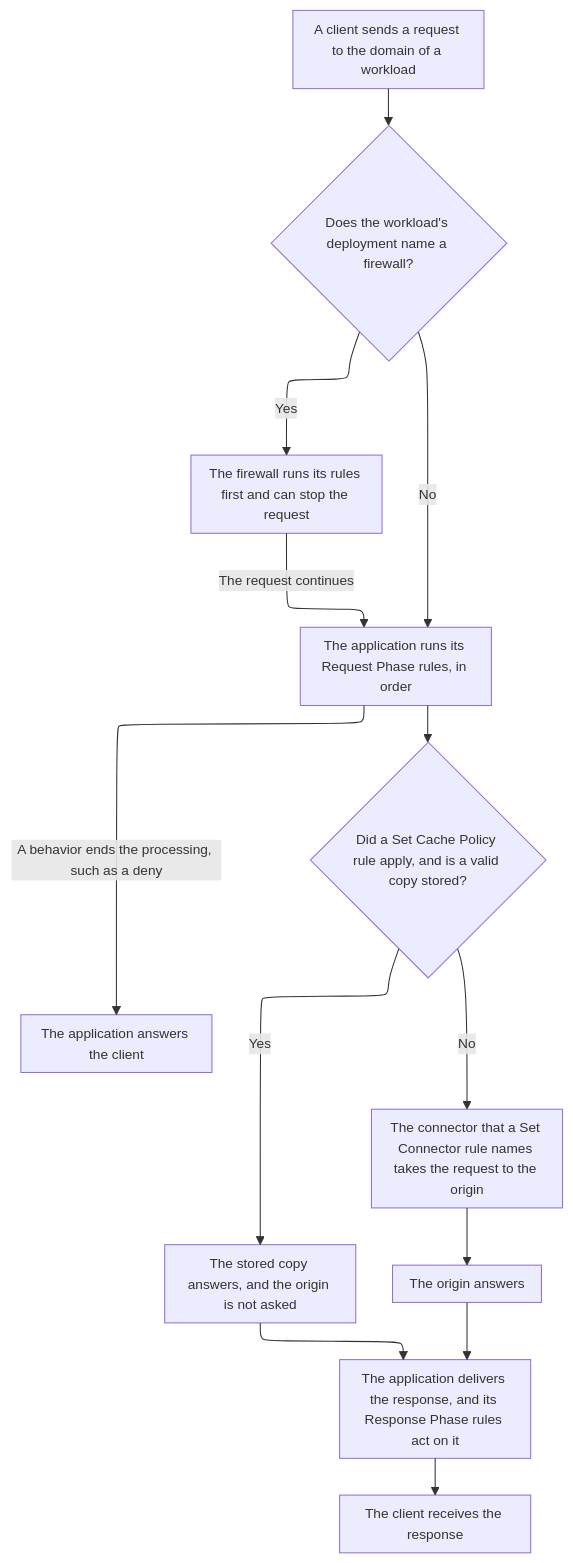
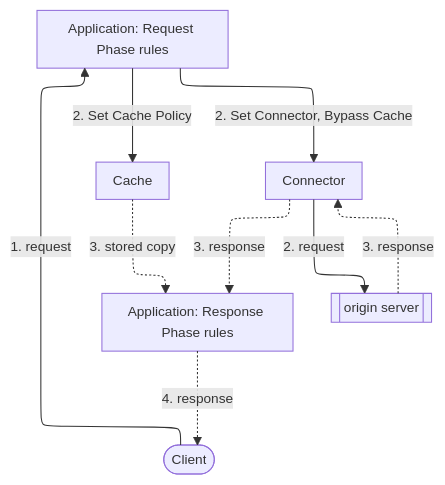
The second of 3 diagrams in apps/docs/src/content/docs/en/pages/build/applications/how-it-works.mdx (aziontech/docs), drawn with Mermaid before and after one commit. The commit also changed other lines of this file and 91 other files, not shown here.

Commit message:
docs(applications): review the Applications section and apply the updated writing rules (#2615)

````diff
--- a/apps/docs/src/content/docs/en/pages/build/applications/how-it-works.mdx
+++ b/apps/docs/src/content/docs/en/pages/build/applications/how-it-works.mdx
@@ -30,16 +73,18 @@
 ```mermaid
-%%{init: {"layout": "elk", "themeVariables": {"fontSize": "13px"}, "flowchart": {"nodeSpacing": 24, "rankSpacing": 36, "padding": 8, "wrappingWidth": 150, "useMaxWidth": true}, "sequence": {"width": 120, "actorMargin": 30, "useMaxWidth": true}}}%%
+%%{init: {"layout": "elk", "elk": {"cycleBreakingStrategy": "MODEL_ORDER"}, "themeVariables": {"fontSize": "13px"}, "flowchart": {"nodeSpacing": 24, "rankSpacing": 36, "padding": 8, "wrappingWidth": 150, "useMaxWidth": true}, "sequence": {"width": 120, "actorMargin": 30, "useMaxWidth": true}}}%%
 flowchart TD
-  Client["A client sends a request to the domain of a workload"] --> Fw{"Does the workload's deployment name a firewall?"}
-  Fw -->|"Yes"| Firewall["The firewall runs its rules first and can stop the request"]
-  Fw -->|"No"| Req["The application runs its Request Phase rules, in order"]
-  Firewall -->|"The request continues"| Req
-  Req -->|"A behavior ends the processing, such as a deny"| Answer["The application answers the client"]
-  Req --> Copy{"Did a Set Cache Policy rule apply, and is a valid copy stored?"}
-  Copy -->|"Yes"| Stored["The stored copy answers, and the origin is not asked"]
-  Copy -->|"No"| Conn["The connector that a Set Connector rule names takes the request to the origin"]
-  Conn --> Origin["The origin answers"]
-  Stored --> Resp["The application delivers the response, and its Response Phase rules act on it"]
-  Origin --> Resp
-  Resp --> Done["The client receives the response"]
+  Client(["Client"])
+  ReqRules["Application: Request Phase rules"]
+  RespRules["Application: Response Phase rules"]
+  Cache["Cache"]
+  Conn["Connector"]
+  Origin[["origin server"]]
+  Client -->|"1. request"| ReqRules
+  ReqRules -->|"2. Set Cache Policy"| Cache
+  ReqRules -->|"2. Set Connector, Bypass Cache"| Conn
+  Conn -->|"2. request"| Origin
+  Cache -.->|"3. stored copy"| RespRules
+  Origin -.->|"3. response"| Conn
+  Conn -.->|"3. response"| RespRules
+  RespRules -.->|"4. response"| Client
 ```
````
